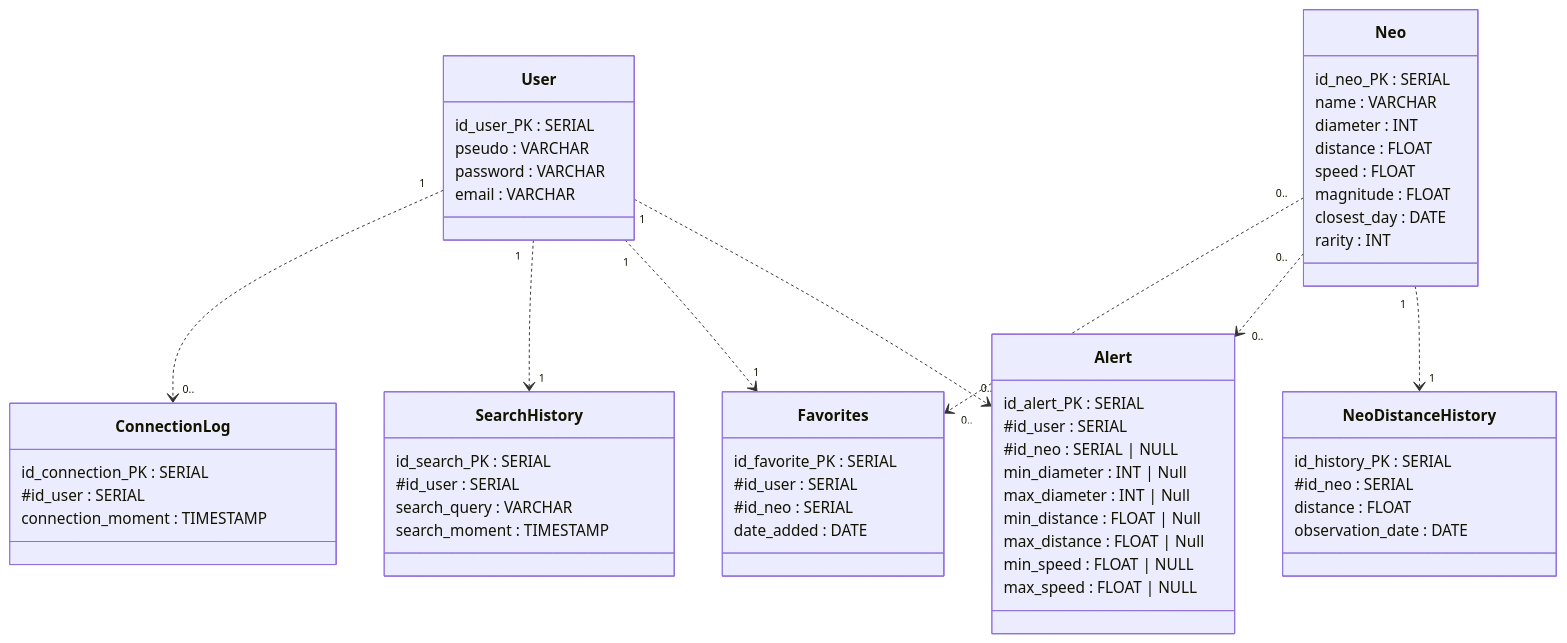
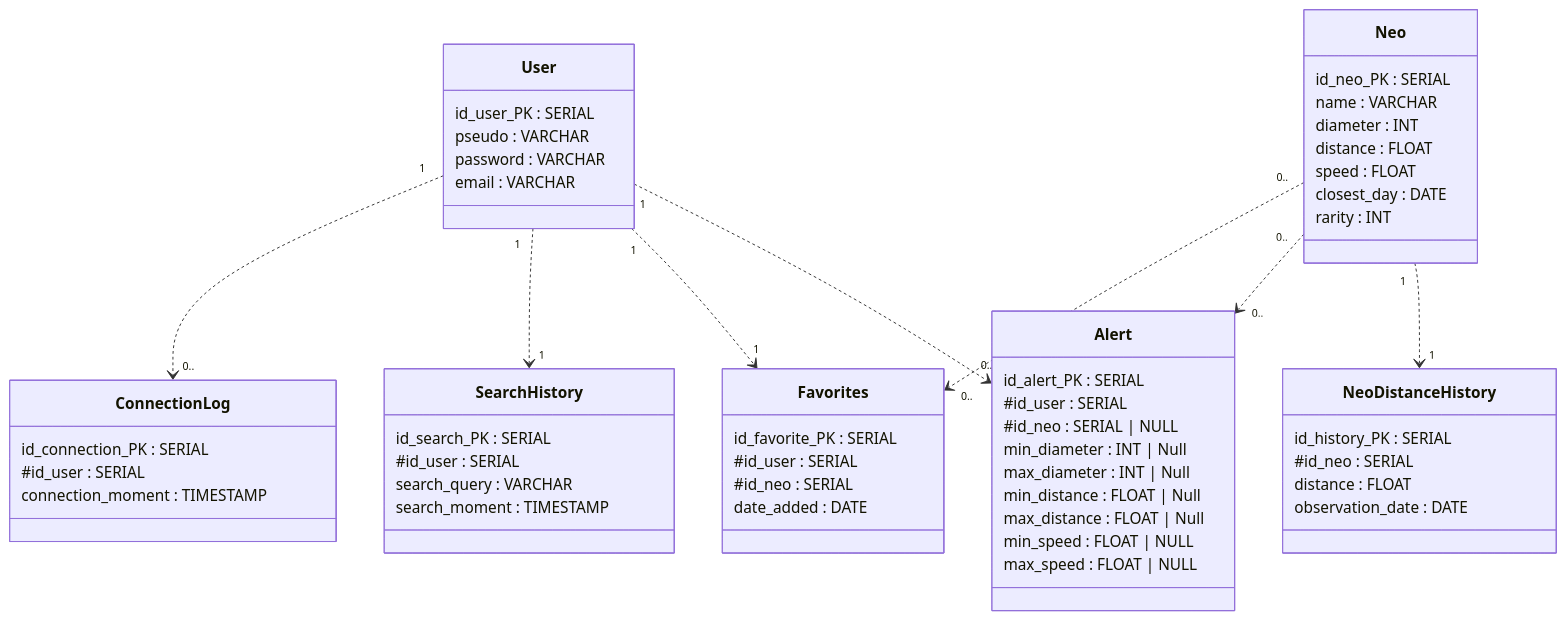
One commit to tristancabre/Projet-info-2A changed the diagram in doc/data_model.md. Above: the diagram before and after it, drawn with Mermaid. The commit also changed 1 other file, not shown here.

Commit message:
qq corrections

````diff
--- a/doc/data_model.md
+++ b/doc/data_model.md
@@ -16,72 +16,71 @@
 ```mermaid
 classDiagram
     %% Business objects
 
     class User {
         id_user_PK : SERIAL
         pseudo : VARCHAR
         password : VARCHAR
         email : VARCHAR
     }
 
     class Neo{
         id_neo_PK : SERIAL
         name : VARCHAR
         diameter : INT
         distance : FLOAT
         speed : FLOAT
-        magnitude : FLOAT
         closest_day : DATE
         rarity : INT
     }
 
     class Alert {
         id_alert_PK : SERIAL
         #id_user : SERIAL
         #id_neo : SERIAL | NULL
         min_diameter : INT | Null
         max_diameter : INT | Null
         min_distance : FLOAT | Null
         max_distance : FLOAT | Null
         min_speed : FLOAT | NULL
         max_speed : FLOAT | NULL
     }
 
     class Favorites {
         id_favorite_PK : SERIAL
         #id_user : SERIAL
         #id_neo : SERIAL
         date_added : DATE
     }
 
     class ConnectionLog {
         id_connection_PK : SERIAL
         #id_user : SERIAL
         connection_moment : TIMESTAMP
     }
 
     class SearchHistory {
         id_search_PK : SERIAL
         #id_user : SERIAL
         search_query : VARCHAR
         search_moment : TIMESTAMP
     }
 
     class NeoDistanceHistory {
         id_history_PK : SERIAL
         #id_neo : SERIAL
         distance : FLOAT
         observation_date : DATE
     }
 
 
     %% Relationships
     Neo "0.." ..> "0.." Favorites
     Neo "0.." ..> "0.." Alert
     Neo "1" ..> "1" NeoDistanceHistory
     User "1" ..> "0.." ConnectionLog
     User "1" ..> "1" SearchHistory
     User "1" ..> "1" Favorites
     User "1" ..> "0.." Alert
 
 ```
````
